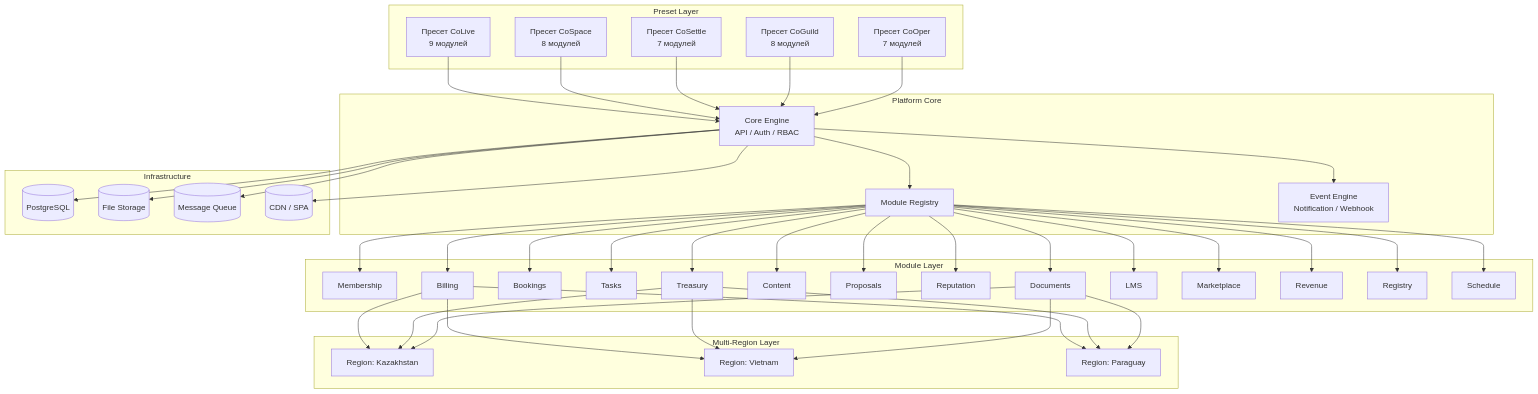
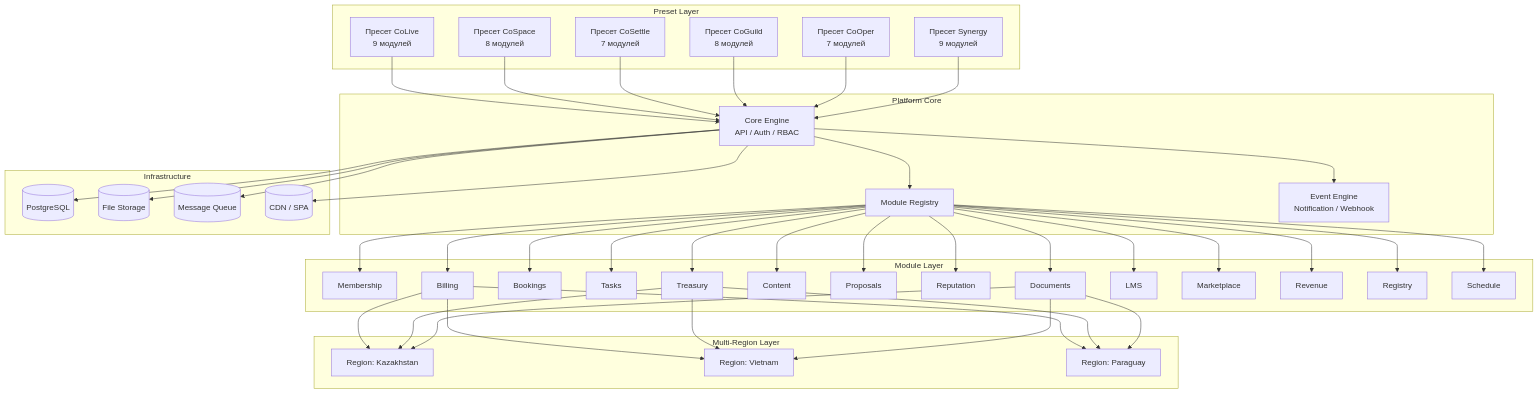
The diagram in docs/architecture/index.md (civilization-luch/tribe-docs), drawn with Mermaid before and after one commit. The commit also changed other lines of this file and 1 other file, not shown here.

Commit message:
Add platform ecosystem docs: agent, monitoring, bots, requests flow

```diff
--- a/docs/architecture/index.md
+++ b/docs/architecture/index.md
@@ -7,8 +7,9 @@
         P2["Пресет CoSpace<br/>8 модулей"]
         P3["Пресет CoSettle<br/>7 модулей"]
         P4["Пресет CoGuild<br/>8 модулей"]
-        P5["Пресет CoOper<br/>7 модулей"]
-    end
+    P5["Пресет CoOper<br/>7 модулей"]
+    P6["Пресет Synergy<br/>9 модулей"]
+end
 
     subgraph Engine["Platform Core"]
         CE["Core Engine<br/>API / Auth / RBAC"]
@@ -51,6 +52,7 @@
     P3 --> CE
     P4 --> CE
     P5 --> CE
+    P6 --> CE
 
     CE --> MR
     CE --> EE
```
